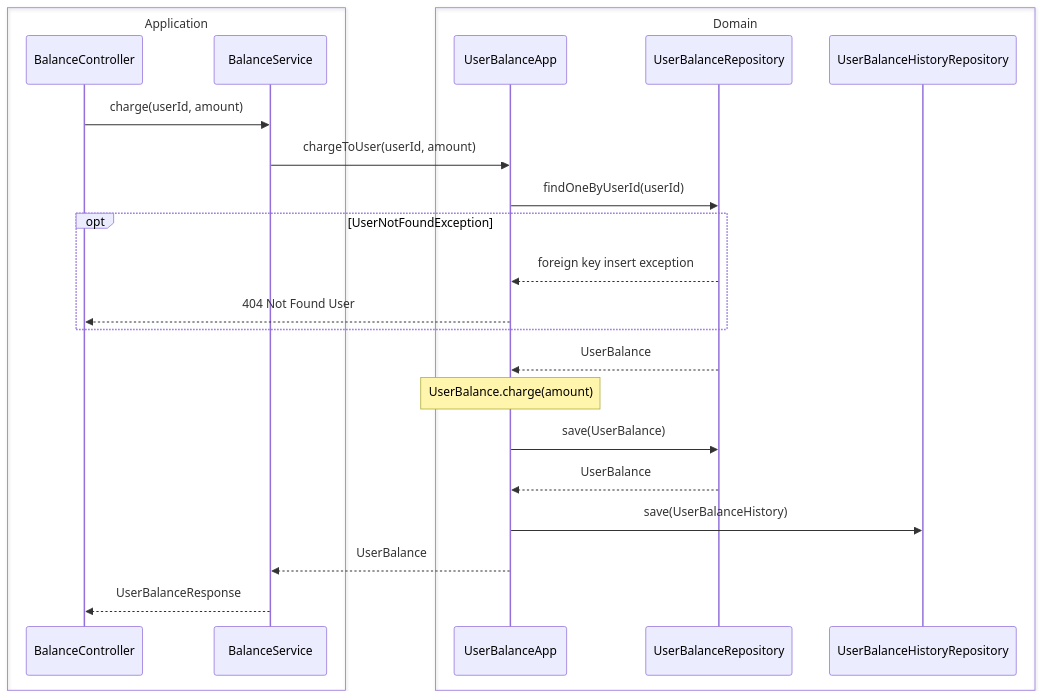
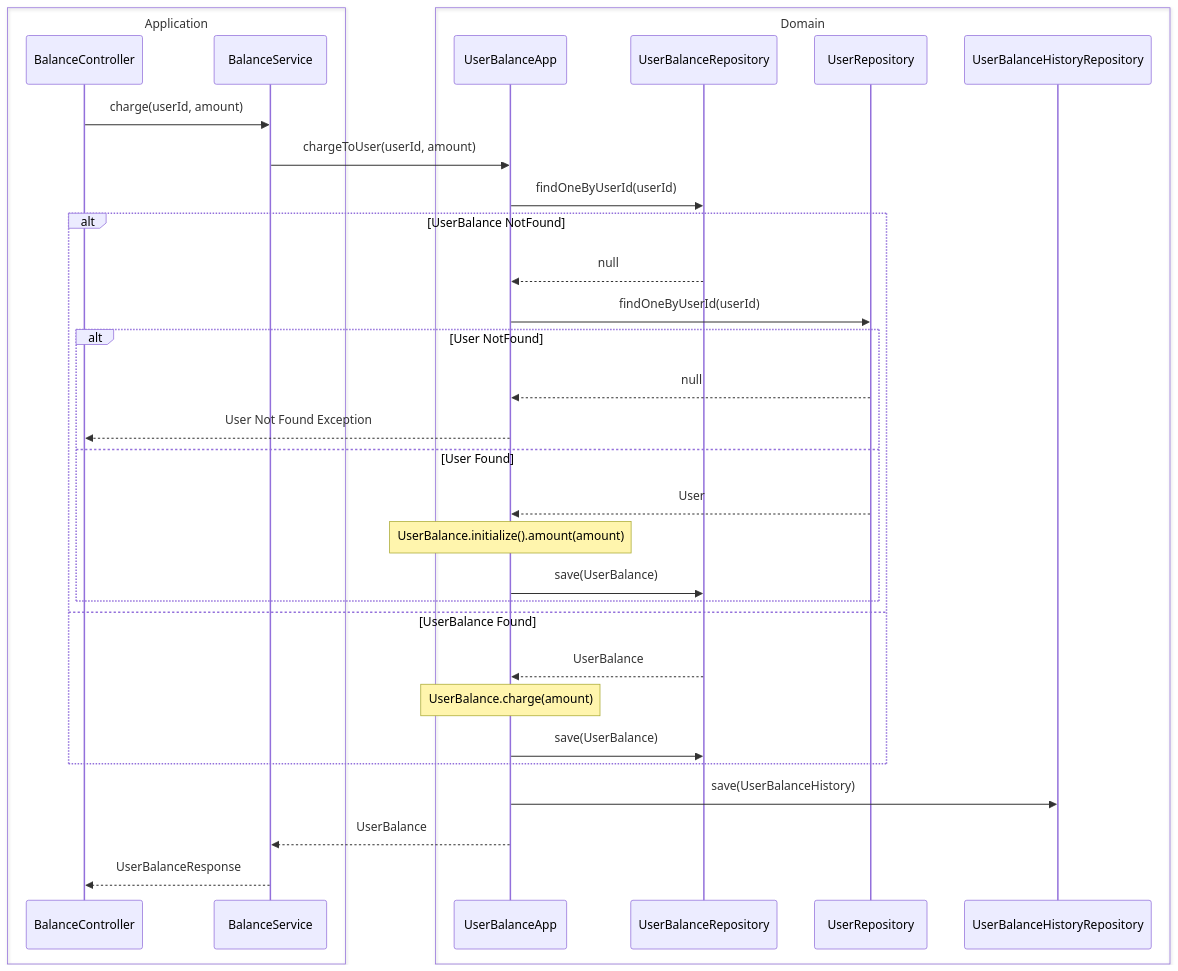
The fourth of 4 diagrams in docs/api/balance.md (newbieJanghan/hh_plus_server), drawn with Mermaid before and after one commit. The commit also changed other lines of this file, not shown here.

Commit message:
Docs: Balance API / diagram 수정

````diff
--- a/docs/api/balance.md
+++ b/docs/api/balance.md
@@ -146,31 +174,38 @@
 ```mermaid
 sequenceDiagram
     box Application
         participant BalanceController
         participant BalanceService
     end
 
     box Domain
         participant UserBalanceApp
         participant UserBalanceRepository
+        participant UserRepository
         participant UserBalanceHistoryRepository
     end
 
     BalanceController ->> BalanceService: charge(userId, amount)
     BalanceService ->> UserBalanceApp: chargeToUser(userId, amount)
 #
     UserBalanceApp ->> UserBalanceRepository: findOneByUserId(userId)
-    opt UserNotFoundException
-        UserBalanceRepository -->> UserBalanceApp: foreign key insert exception
-        UserBalanceApp -->> BalanceController: 404 Not Found User
+    alt UserBalance NotFound
+        UserBalanceRepository -->> UserBalanceApp: null
+        UserBalanceApp ->> UserRepository: findOneByUserId(userId)
+        alt User NotFound
+            UserRepository -->> UserBalanceApp: null
+            UserBalanceApp -->> BalanceController: User Not Found Exception
+        else User Found
+            UserRepository -->> UserBalanceApp: User
+            Note over UserBalanceApp: UserBalance.initialize().amount(amount)
+            UserBalanceApp ->> UserBalanceRepository: save(UserBalance)
+        end
+    else UserBalance Found
+        UserBalanceRepository -->> UserBalanceApp: UserBalance
+        Note over UserBalanceApp: UserBalance.charge(amount)
+        UserBalanceApp ->> UserBalanceRepository: save(UserBalance)
     end
-    UserBalanceRepository -->> UserBalanceApp: UserBalance
-    Note over UserBalanceApp: UserBalance.charge(amount)
-    UserBalanceApp ->> UserBalanceRepository: save(UserBalance)
-    UserBalanceRepository -->> UserBalanceApp: UserBalance
     UserBalanceApp ->> UserBalanceHistoryRepository: save(UserBalanceHistory)
-
-#
     UserBalanceApp -->> BalanceService: UserBalance
     BalanceService -->> BalanceController: UserBalanceResponse
 ```
````
